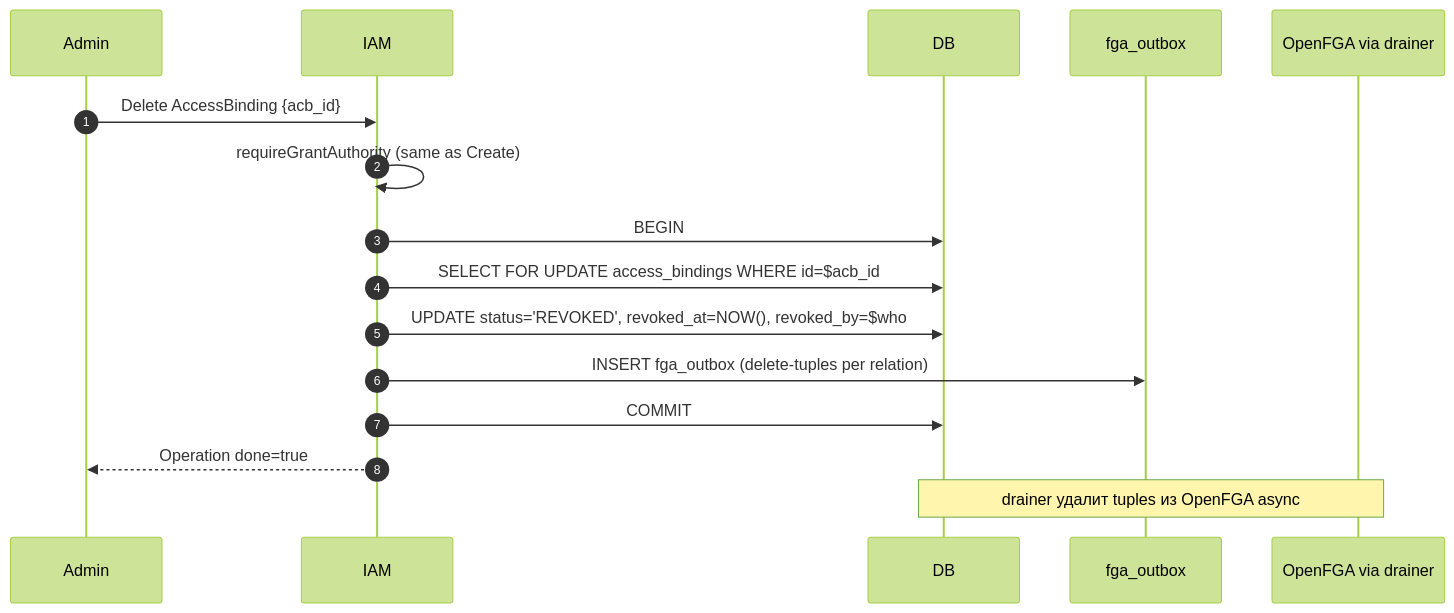
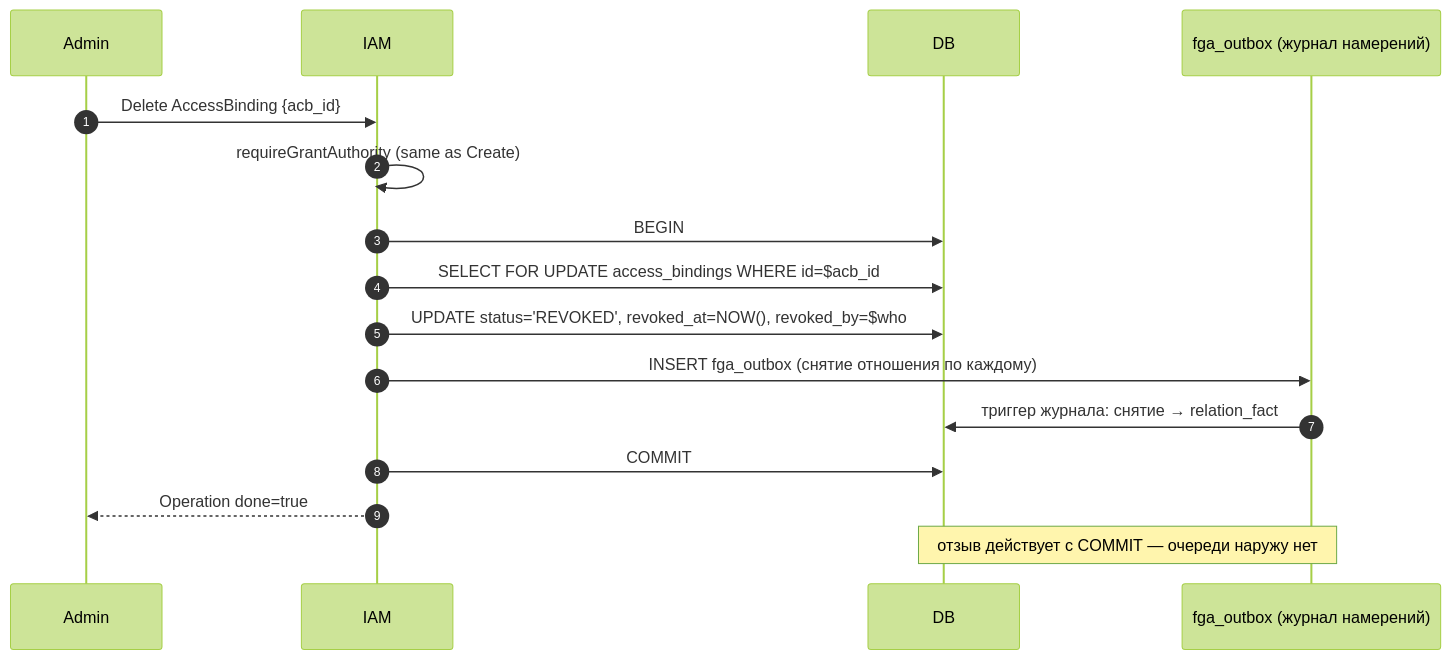
The second of 2 diagrams in services/iam/docs/engineering/components/08-access-binding.md (PRO-Robotech/kacho), drawn with Mermaid (forest theme) before and after one commit. The commit also changed other lines of this file and 589 other files, not shown here.

````diff
--- a/services/iam/docs/engineering/components/08-access-binding.md
+++ b/services/iam/docs/engineering/components/08-access-binding.md
@@ -129,19 +124,19 @@
 ```mermaid
 sequenceDiagram
     autonumber
     participant Admin
     participant IAM
     participant DB
-    participant Out as fga_outbox
-    participant FGA as OpenFGA via drainer
+    participant Out as fga_outbox (журнал намерений)
 
     Admin->>IAM: Delete AccessBinding {acb_id}
     IAM->>IAM: requireGrantAuthority (same as Create)
     IAM->>DB: BEGIN
     IAM->>DB: SELECT FOR UPDATE access_bindings WHERE id=$acb_id
     IAM->>DB: UPDATE status='REVOKED', revoked_at=NOW(), revoked_by=$who
-    IAM->>Out: INSERT fga_outbox (delete-tuples per relation)
+    IAM->>Out: INSERT fga_outbox (снятие отношения по каждому)
+    Out->>DB: триггер журнала: снятие → relation_fact
     IAM->>DB: COMMIT
     IAM-->>Admin: Operation done=true
-    Note over DB,FGA: drainer удалит tuples из OpenFGA async
+    Note over DB,Out: отзыв действует с COMMIT — очереди наружу нет
 ```
````
